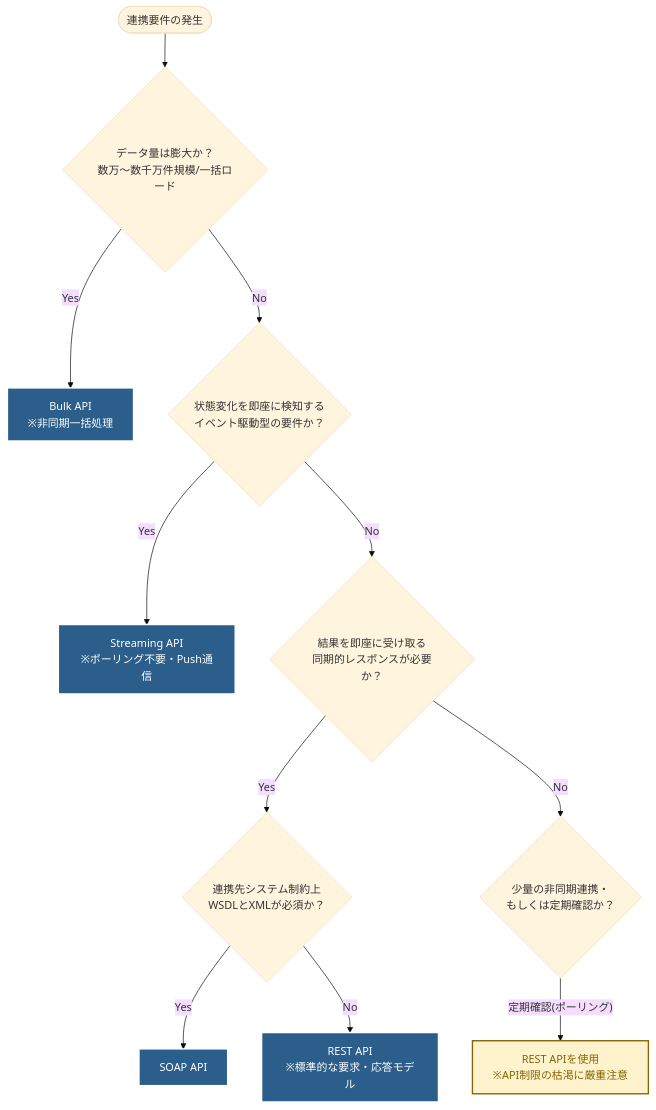
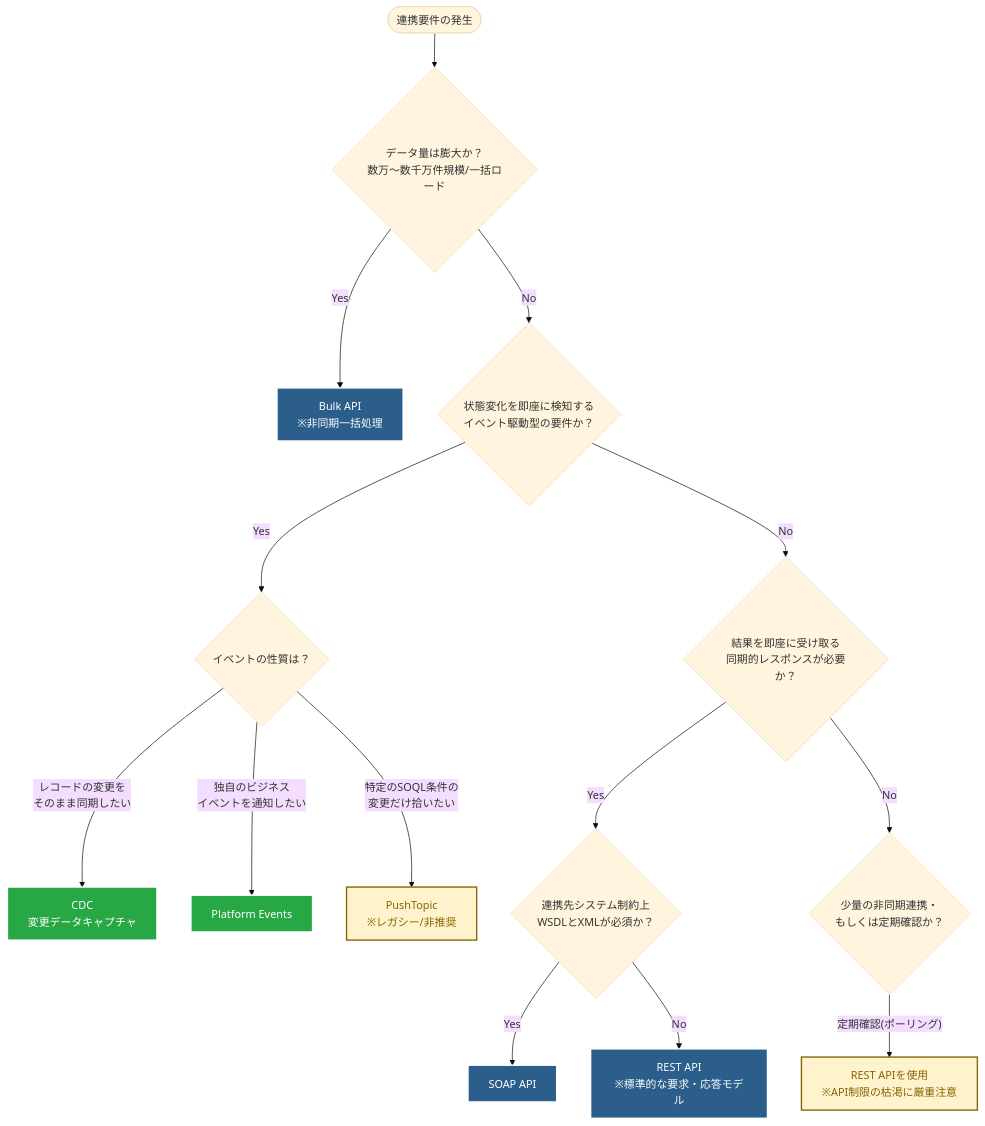
One commit to yuichiro0803/Obsidian changed the diagram in projects/04_個人学習/[🏁] P08_データ連携手法の学習/01_PHAZE1 土台固め/02_データ連携アーキテクチャ/01_API選定基準・フロー/01_API選定の判断フロー.md. Above: the diagram before and after it, drawn with Mermaid (base theme). The commit also changed other lines of this file, not shown here.

Commit message:
docs(P08): API選定判断フローにStreaming APIの3手法の比較表とフローチャート分岐を追加

````diff
--- a/projects/04_個人学習/[🏁] P08_データ連携手法の学習/01_PHAZE1 土台固め/02_データ連携アーキテクチャ/01_API選定基準・フロー/01_API選定の判断フロー.md
+++ b/projects/04_個人学習/[🏁] P08_データ連携手法の学習/01_PHAZE1 土台固め/02_データ連携アーキテクチャ/01_API選定基準・フロー/01_API選定の判断フロー.md
@@ -30,18 +30,23 @@
 ```mermaid
 graph TD
     Start([連携要件の発生]) --> Q1{データ量は膨大か？<br>数万〜数千万件規模/一括ロード}
     Q1 -- Yes --> A1[Bulk API<br>※非同期一括処理]
     Q1 -- No --> Q2{状態変化を即座に検知する<br>イベント駆動型の要件か？}
-    Q2 -- Yes --> A2[Streaming API<br>※ポーリング不要・Push通信]
+    Q2 -- Yes --> Q_Stream{イベントの性質は？}
+    Q_Stream -- レコードの変更を<br>そのまま同期したい --> S1[CDC<br>変更データキャプチャ]
+    Q_Stream -- 独自のビジネス<br>イベントを通知したい --> S2[Platform Events]
+    Q_Stream -- 特定のSOQL条件の<br>変更だけ拾いたい --> S3[PushTopic<br>※レガシー/非推奨]
     Q2 -- No --> Q3{結果を即座に受け取る<br>同期的レスポンスが必要か？}
     Q3 -- Yes --> Q4{連携先システム制約上<br>WSDLとXMLが必須か？}
     Q4 -- Yes --> A3[SOAP API]
     Q4 -- No --> A4[REST API<br>※標準的な要求・応答モデル]
     Q3 -- No --> Q5{少量の非同期連携・<br>もしくは定期確認か？}
     Q5 -- 定期確認(ポーリング) --> A5[REST APIを使用<br>※API制限の枯渇に厳重注意]
 
     classDef apiFill fill:#2b5e8a,stroke:#fff,stroke-width:2px,color:#fff;
     classDef caution fill:#fff3cd,stroke:#856404,stroke-width:2px,color:#856404;
-    class A1,A2,A3,A4 apiFill;
-    class A5 caution;
+    classDef stream fill:#28a745,stroke:#fff,stroke-width:2px,color:#fff;
+    class A1,A3,A4 apiFill;
+    class S1,S2 stream;
+    class A5,S3 caution;
 ```
````
